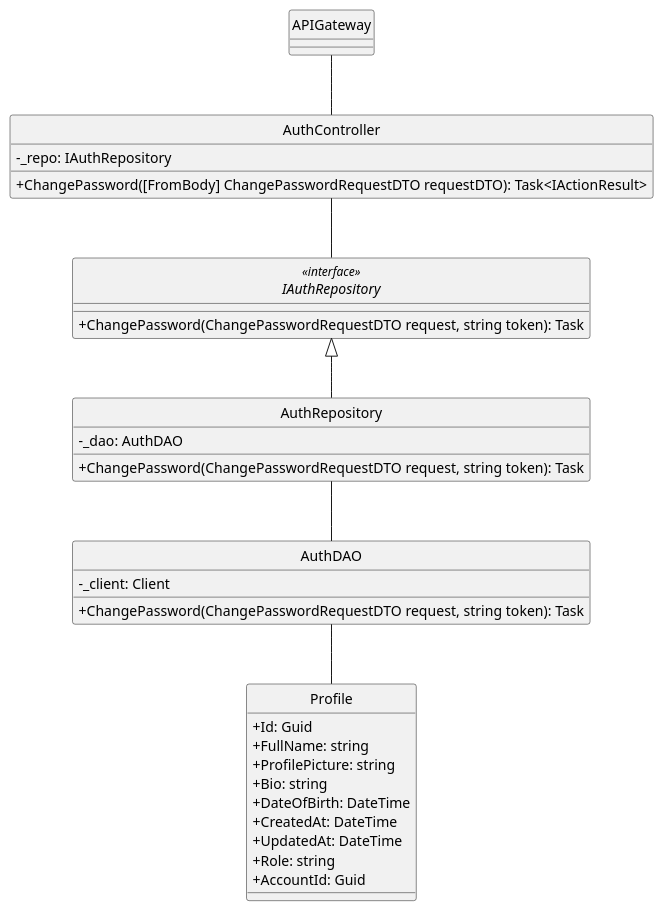
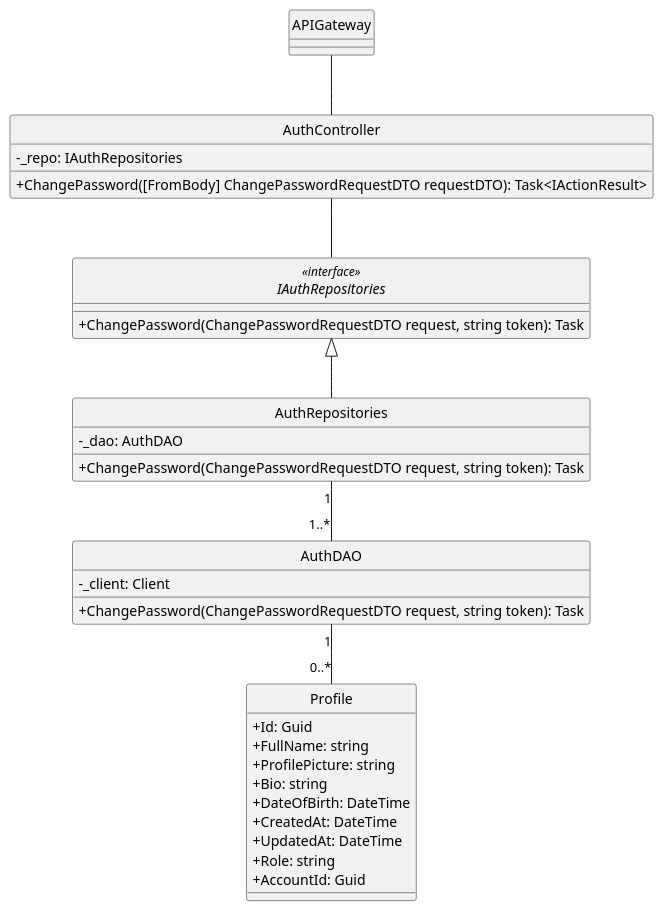
One commit to minhnhut23/FPT-OBOMS changed the diagram in docs/ClassDiagram/Authtentication/ChangePassword/ChangePassword.plantuml. Above: the diagram before and after it, drawn with PlantUML. The commit also changed 44 other files, not shown here.

```diff
--- a/docs/ClassDiagram/Authtentication/ChangePassword/ChangePassword.plantuml
+++ b/docs/ClassDiagram/Authtentication/ChangePassword/ChangePassword.plantuml
@@ -1,51 +1,51 @@
 @startuml 
 hide circle
 skinparam classAttributeIconSize 0
 skinparam linetype ortho
 
 class APIGateway {
 }
 
 class AuthController {
-    - _repo: IAuthRepository
+    - _repo: IAuthRepositories
     +ChangePassword([FromBody] ChangePasswordRequestDTO requestDTO): Task<IActionResult> 
 }
 
 
-interface IAuthRepository<<interface>> { 
+interface IAuthRepositories<<interface>> { 
     + ChangePassword(ChangePasswordRequestDTO request, string token): Task
 }
 
-class AuthRepository {
+class AuthRepositories {
     - _dao: AuthDAO
     + ChangePassword(ChangePasswordRequestDTO request, string token): Task    
 }
 
 class AuthDAO {
     - _client: Client
     + ChangePassword(ChangePasswordRequestDTO request, string token): Task
 }
 
 
 class Profile {
     + Id: Guid
     + FullName: string
     + ProfilePicture: string
     + Bio: string
     + DateOfBirth: DateTime
     + CreatedAt: DateTime
     + UpdatedAt: DateTime
     + Role: string
     + AccountId: Guid
 }
 
 APIGateway -- AuthController
-AuthController -- IAuthRepository
+AuthController -- IAuthRepositories
 
-IAuthRepository <|-- AuthRepository
+IAuthRepositories <|-- AuthRepositories
 
-AuthRepository -- AuthDAO
+AuthRepositories "1" -- "1..*" AuthDAO
 
 
-AuthDAO -- Profile
+AuthDAO  "1" -- "0..*"  Profile
 @enduml
```
